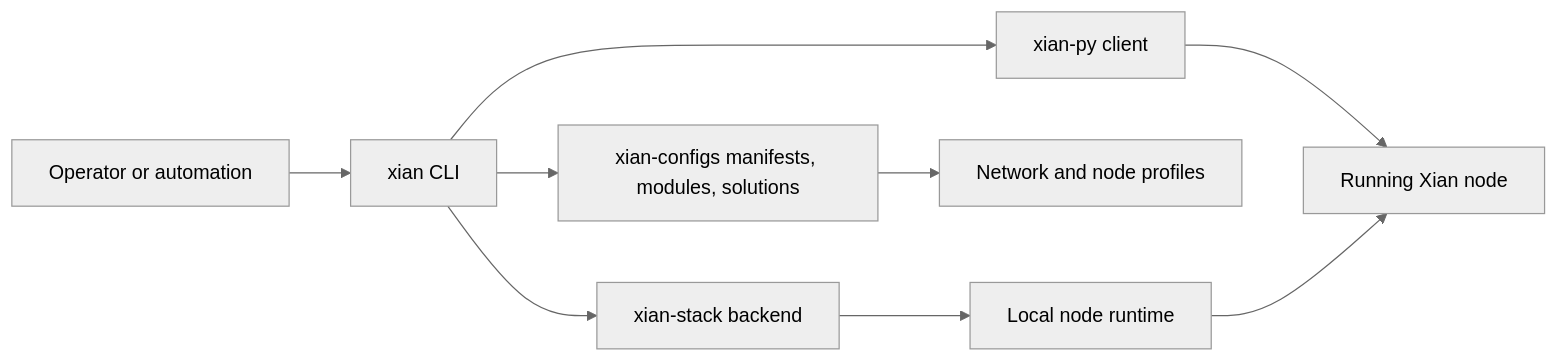
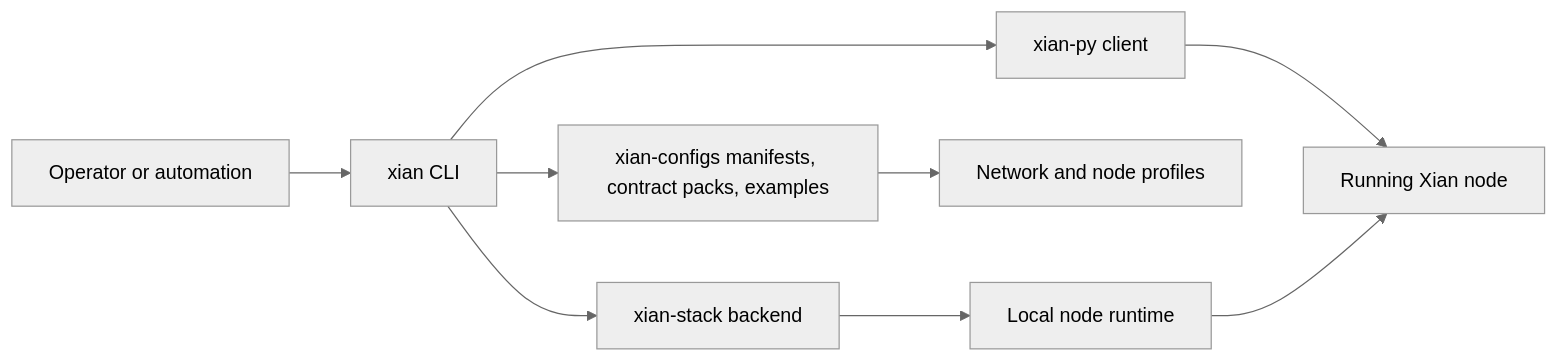
Before and after one commit to xian-technology/xian-cli: the diagram in README.md, drawn with Mermaid (neutral theme). The commit also changed other lines of this file and 7 other files, not shown here.

````diff
--- a/README.md
+++ b/README.md
@@ -15,11 +15,11 @@
 ```mermaid
 flowchart LR
   Operator["Operator or automation"] --> CLI["xian CLI"]
-  CLI --> Configs["xian-configs manifests, modules, solutions"]
+  CLI --> Configs["xian-configs manifests, contract packs, examples"]
   CLI --> Stack["xian-stack backend"]
   CLI --> SDK["xian-py client"]
   Configs --> Profiles["Network and node profiles"]
   Stack --> Runtime["Local node runtime"]
   SDK --> Node["Running Xian node"]
   Runtime --> Node
 ```
````
